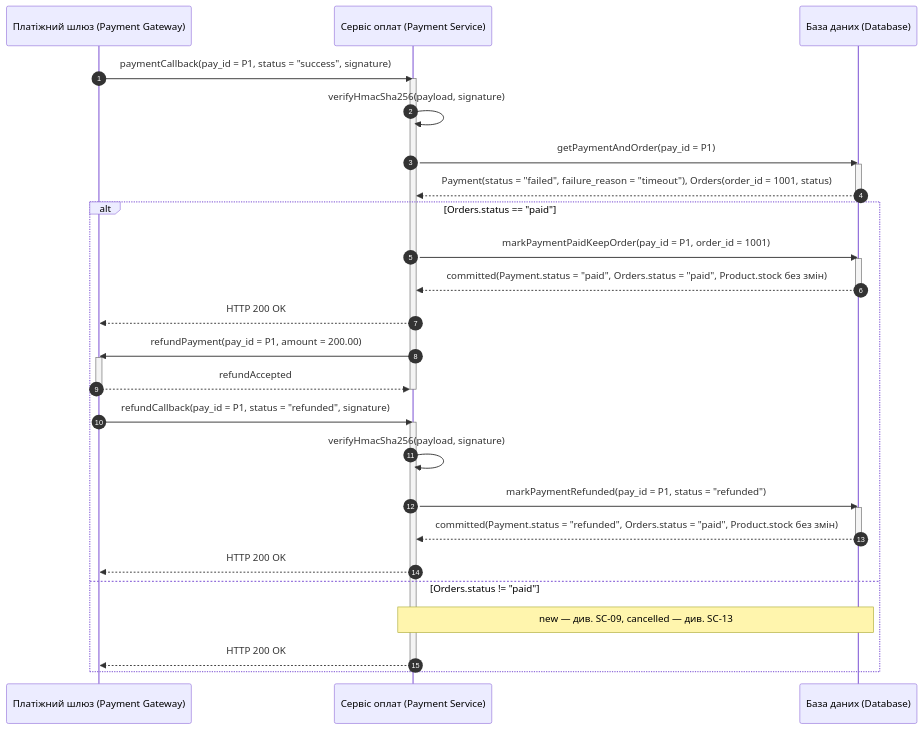
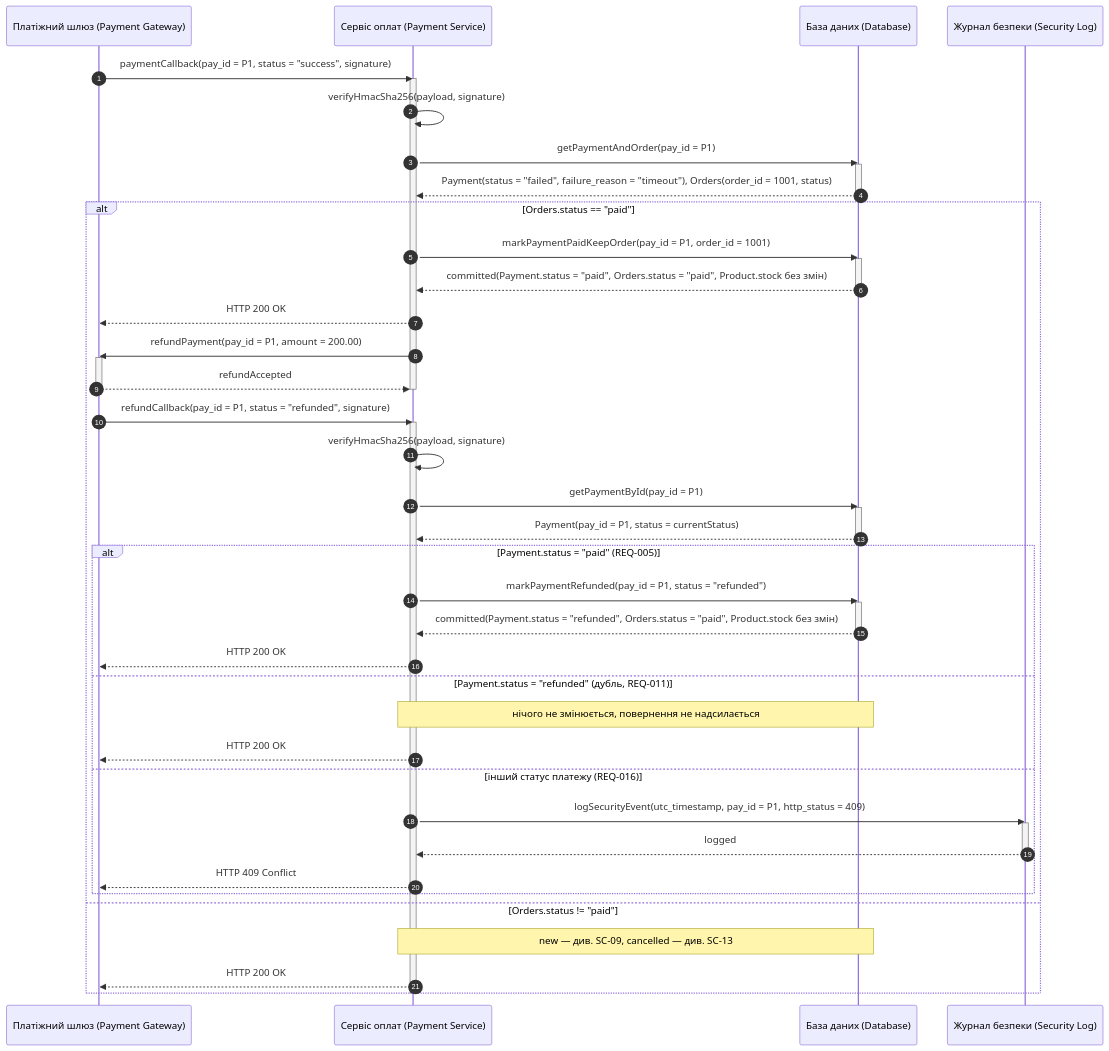
One commit to hutnichs/KPI_MAVPZ changed diagram 12 of 15 in Lab3/diagram.md. Above: the diagram before and after it, drawn with Mermaid. The commit also changed other lines of this file and 1 other file, not shown here.

Commit message:
Refactor sequence diagrams for payment processing and prompt added

````diff
--- a/Lab3/diagram.md
+++ b/Lab3/diagram.md
@@ -486,41 +492,57 @@
 ```mermaid
 sequenceDiagram
     autonumber
     participant PGW as Платіжний шлюз (Payment Gateway)
     participant PS as Сервіс оплат (Payment Service)
     participant DB as База даних (Database)
+    participant SecLog as Журнал безпеки (Security Log)
 
     PGW->>PS: paymentCallback(pay_id = P1, status = "success", signature)
     activate PS
     PS->>PS: verifyHmacSha256(payload, signature)
     PS->>DB: getPaymentAndOrder(pay_id = P1)
     activate DB
     DB-->>PS: Payment(status = "failed", failure_reason = "timeout"), Orders(order_id = 1001, status)
     deactivate DB
 
     alt Orders.status == "paid"
         PS->>DB: markPaymentPaidKeepOrder(pay_id = P1, order_id = 1001)
         activate DB
         DB-->>PS: committed(Payment.status = "paid", Orders.status = "paid", Product.stock без змін)
         deactivate DB
         PS-->>PGW: HTTP 200 OK
         PS->>PGW: refundPayment(pay_id = P1, amount = 200.00)
         activate PGW
         PGW-->>PS: refundAccepted
         deactivate PGW
         deactivate PS
 
         PGW->>PS: refundCallback(pay_id = P1, status = "refunded", signature)
         activate PS
         PS->>PS: verifyHmacSha256(payload, signature)
-        PS->>DB: markPaymentRefunded(pay_id = P1, status = "refunded")
+        PS->>DB: getPaymentById(pay_id = P1)
         activate DB
-        DB-->>PS: committed(Payment.status = "refunded", Orders.status = "paid", Product.stock без змін)
+        DB-->>PS: Payment(pay_id = P1, status = currentStatus)
         deactivate DB
-        PS-->>PGW: HTTP 200 OK
+        alt Payment.status = "paid" (REQ-005)
+            PS->>DB: markPaymentRefunded(pay_id = P1, status = "refunded")
+            activate DB
+            DB-->>PS: committed(Payment.status = "refunded", Orders.status = "paid", Product.stock без змін)
+            deactivate DB
+            PS-->>PGW: HTTP 200 OK
+        else Payment.status = "refunded" (дубль, REQ-011)
+            Note over PS,DB: нічого не змінюється, повернення не надсилається
+            PS-->>PGW: HTTP 200 OK
+        else інший статус платежу (REQ-016)
+            PS->>SecLog: logSecurityEvent(utc_timestamp, pay_id = P1, http_status = 409)
+            activate SecLog
+            SecLog-->>PS: logged
+            deactivate SecLog
+            PS-->>PGW: HTTP 409 Conflict
+        end
     else Orders.status != "paid"
         Note over PS,DB: new — див. SC-09, cancelled — див. SC-13
         PS-->>PGW: HTTP 200 OK
     end
     deactivate PS
 ```
````
